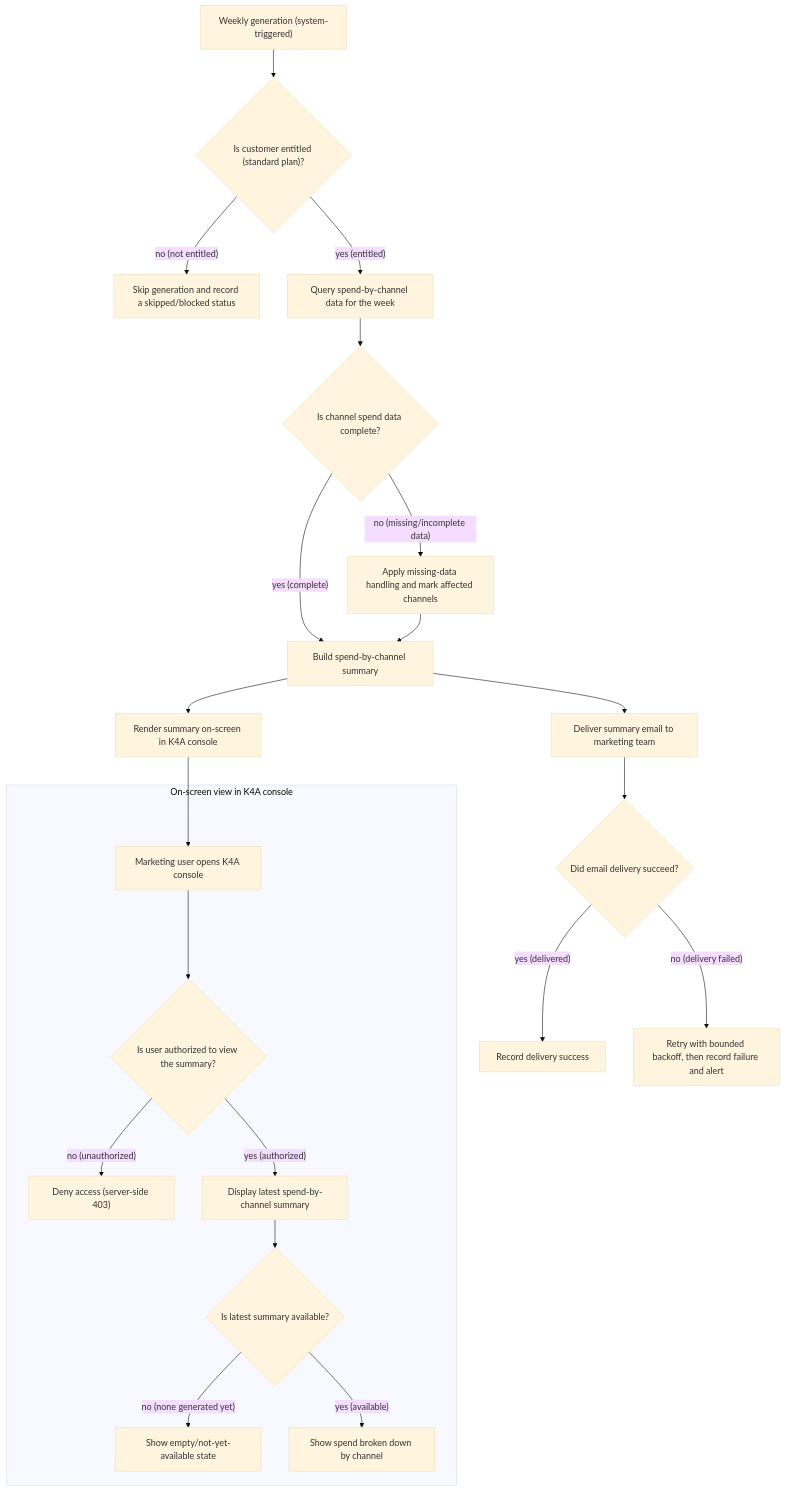
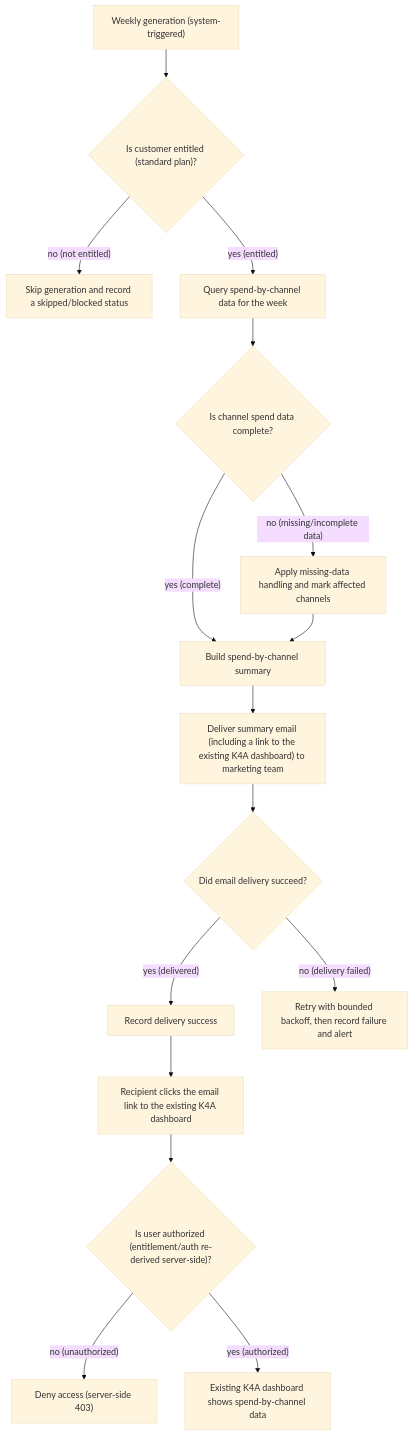
The diagram in docs/16-PRDs/067-k4a-add-weekly-campaign-spend-by-channel-email/product-spec.md (mayank-kochava/aisdlc-docs-sandbox), drawn with Mermaid (base theme) before and after one commit. The commit also changed other lines of this file and 2 other files, not shown here.

````diff
--- a/docs/16-PRDs/067-k4a-add-weekly-campaign-spend-by-channel-email/product-spec.md
+++ b/docs/16-PRDs/067-k4a-add-weekly-campaign-spend-by-channel-email/product-spec.md
@@ -36,26 +36,19 @@
 ```mermaid
 flowchart TD
     A["Weekly generation (system-triggered)"] --> B{"Is customer entitled (standard plan)?"}
     B -->|"no (not entitled)"| C["Skip generation and record a skipped/blocked status"]
     B -->|"yes (entitled)"| D["Query spend-by-channel data for the week"]
     D --> E{"Is channel spend data complete?"}
     E -->|"no (missing/incomplete data)"| F["Apply missing-data handling and mark affected channels"]
     E -->|"yes (complete)"| G["Build spend-by-channel summary"]
     F --> G
-    G --> H["Deliver summary email to marketing team"]
+    G --> H["Deliver summary email (including a link to the existing K4A dashboard) to marketing team"]
     H --> I{"Did email delivery succeed?"}
     I -->|"yes (delivered)"| J["Record delivery success"]
     I -->|"no (delivery failed)"| K["Retry with bounded backoff, then record failure and alert"]
-    G --> L["Render summary on-screen in K4A console"]
 
-    subgraph OnScreen["On-screen view in K4A console"]
-        M["Marketing user opens K4A console"] --> N{"Is user authorized to view the summary?"}
-        N -->|"no (unauthorized)"| O["Deny access (server-side 403)"]
-        N -->|"yes (authorized)"| P["Display latest spend-by-channel summary"]
-        P --> Q{"Is latest summary available?"}
-        Q -->|"no (none generated yet)"| R["Show empty/not-yet-available state"]
-        Q -->|"yes (available)"| S["Show spend broken down by channel"]
-    end
-
-    L --> M
+    J --> T["Recipient clicks the email link to the existing K4A dashboard"]
+    T --> U{"Is user authorized (entitlement/auth re-derived server-side)?"}
+    U -->|"no (unauthorized)"| O["Deny access (server-side 403)"]
+    U -->|"yes (authorized)"| P["Existing K4A dashboard shows spend-by-channel data"]
 ```
````
